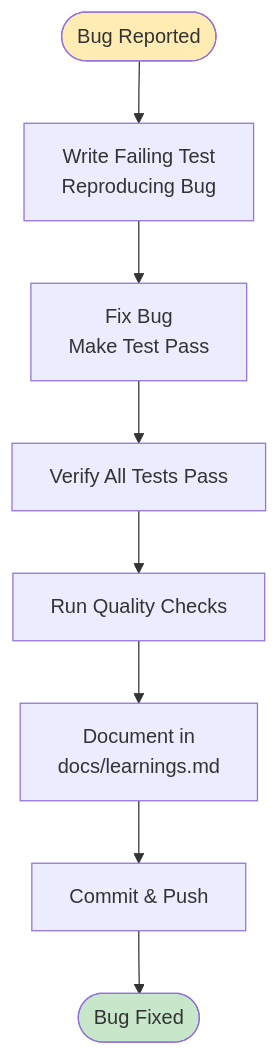
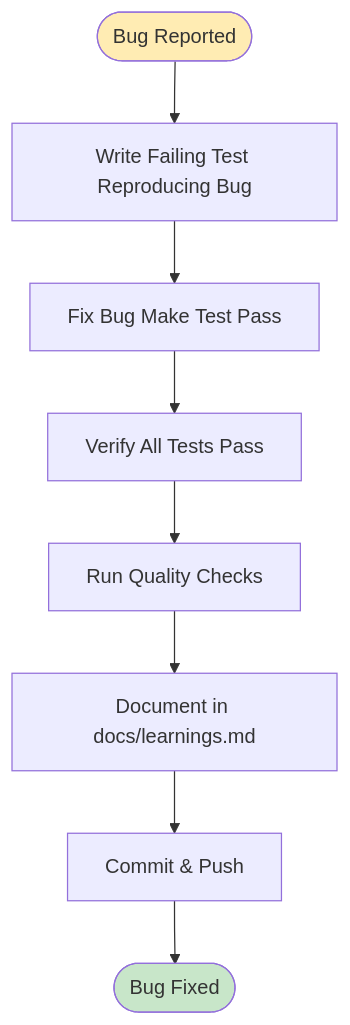
Diagram 13 of 15 in wiki/Development-Guide.md (softwarewrighter/ui-test-rs), drawn with Mermaid before and after one commit. The commit also changed other lines of this file and 10 other files, not shown here.

First line of the commit message:
Fix wiki Mermaid diagrams: remove <br/> tags

````diff
--- a/wiki/Development-Guide.md
+++ b/wiki/Development-Guide.md
@@ -467,22 +467,22 @@
 ```mermaid
 flowchart TB
     Start([Bug Reported])
-    Reproduce[Write Failing Test<br/>Reproducing Bug]
-    Fix[Fix Bug<br/>Make Test Pass]
+    Reproduce[Write Failing Test Reproducing Bug]
+    Fix[Fix Bug Make Test Pass]
     Verify[Verify All Tests Pass]
     Quality[Run Quality Checks]
-    Document[Document in<br/>docs/learnings.md]
+    Document[Document in docs/learnings.md]
     Commit[Commit & Push]
     Done([Bug Fixed])
 
     Start --> Reproduce
     Reproduce --> Fix
     Fix --> Verify
     Verify --> Quality
     Quality --> Document
     Document --> Commit
     Commit --> Done
 
     style Start fill:#ffecb3
     style Done fill:#c8e6c9
 ```
````
